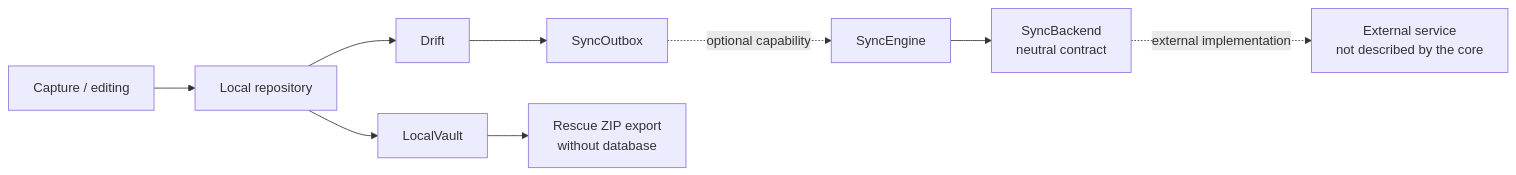
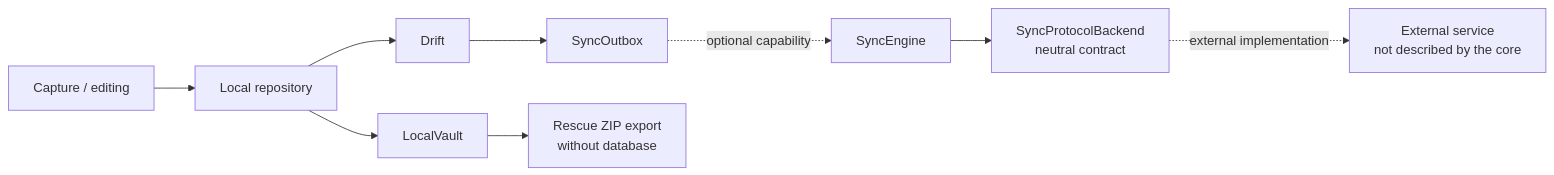
One commit to KooliFab/artkiddo changed the first of 3 diagrams in docs/architecture/data-flows.md. Above: the diagram before and after it, drawn with Mermaid. The commit also changed other lines of this file and 21 other files, not shown here.

Commit message:
refactor: L08 implement sync protocol v3 and remove legacy sync components

````diff
--- a/docs/architecture/data-flows.md
+++ b/docs/architecture/data-flows.md
@@ -5,11 +5,11 @@
 ```mermaid
 flowchart LR
   Capture["Capture / editing"] --> Local["Local repository"]
   Local --> SQLite["Drift"]
   Local --> Files["LocalVault"]
   SQLite --> Outbox["SyncOutbox"]
   Outbox -. "optional capability" .-> Sync["SyncEngine"]
-  Sync --> Contract["SyncBackend\nneutral contract"]
+  Sync --> Contract["SyncProtocolBackend\nneutral contract"]
   Contract -. "external implementation" .-> External["External service\nnot described by the core"]
   Files --> Rescue["Rescue ZIP export\nwithout database"]
 ```
````
